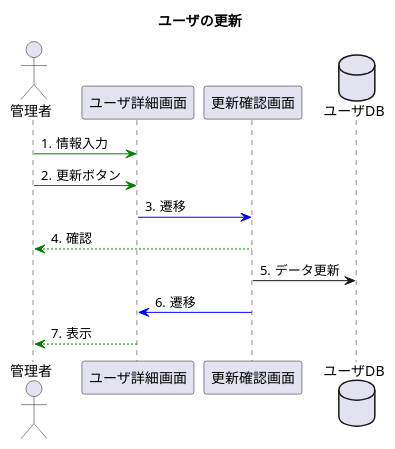
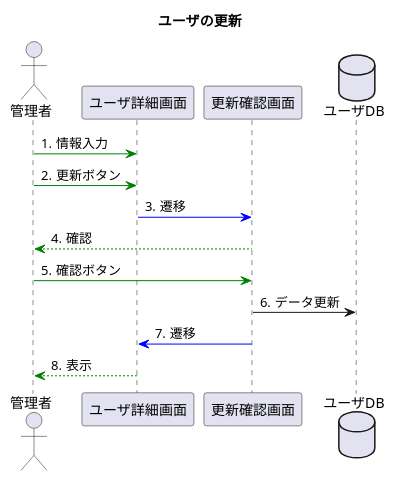
Before and after one commit to toufu66/ProjectC: the diagram in uml/seq_update.pu, drawn with PlantUML.

Commit message:
軽微な修正

```diff
--- a/uml/seq_update.pu
+++ b/uml/seq_update.pu
@@ -1,19 +1,20 @@
 @startuml
 title ユーザの更新
 
 autonumber "#."
 
 actor 管理者
 participant ユーザ詳細画面
 participant 更新確認画面
 database ユーザDB
 
 
 管理者 -[#green]> ユーザ詳細画面:情報入力
 管理者 -[#green]> ユーザ詳細画面:更新ボタン
 ユーザ詳細画面 -[#blue]> 更新確認画面:遷移
 更新確認画面 --[#green]> 管理者:確認
+管理者 -[#green]>更新確認画面:確認ボタン
 更新確認画面 -> ユーザDB:データ更新
 更新確認画面 -[#blue]> ユーザ詳細画面:遷移
 ユーザ詳細画面 --[#green]> 管理者:表示
 @enduml
```
